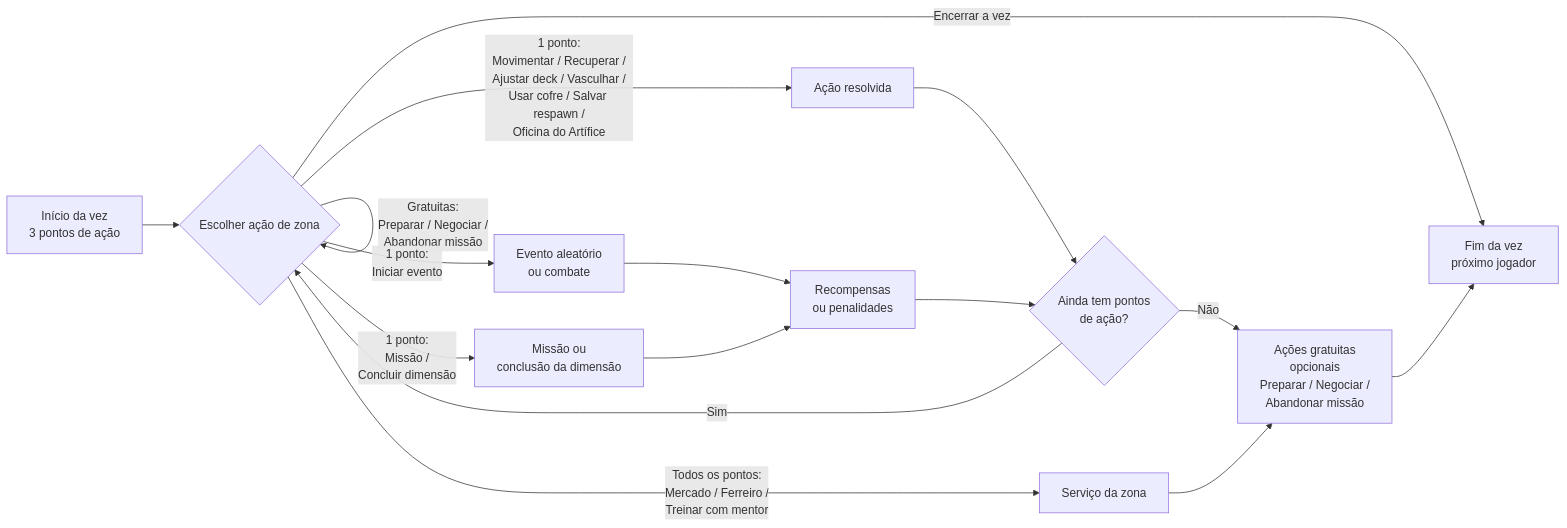
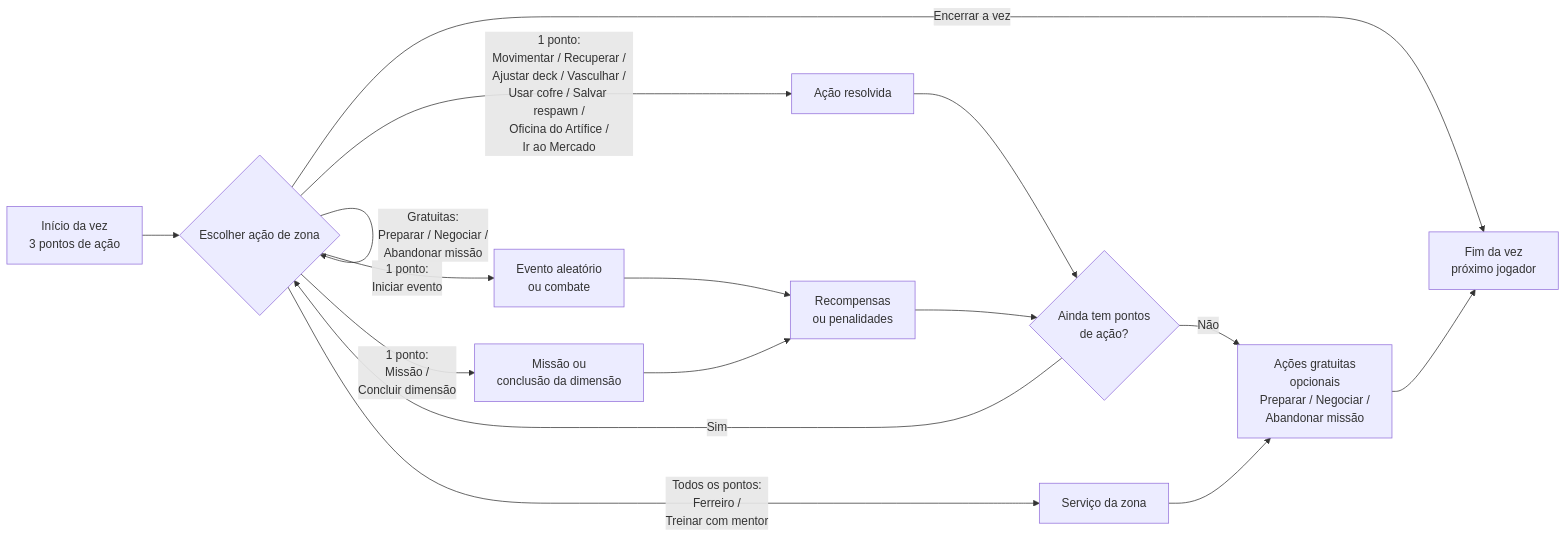
Before and after one commit to frnndog-suav/Misadventure_Frontend_V3: the first of 15 diagrams in docs/README.md, drawn with Mermaid. The commit also changed other lines of this file, not shown here.

````diff
--- a/docs/README.md
+++ b/docs/README.md
@@ -93,18 +93,18 @@
 ```mermaid
 flowchart LR
     A[Início da vez<br/>3 pontos de ação] --> B{Escolher ação de zona}
     B -->|Gratuitas:<br/>Preparar / Negociar /<br/>Abandonar missão| B
-    B -->|1 ponto:<br/>Movimentar / Recuperar /<br/>Ajustar deck / Vasculhar /<br/>Usar cofre / Salvar respawn /<br/>Oficina do Artífice| S[Ação resolvida]
+    B -->|1 ponto:<br/>Movimentar / Recuperar /<br/>Ajustar deck / Vasculhar /<br/>Usar cofre / Salvar respawn /<br/>Oficina do Artífice /<br/>Ir ao Mercado| S[Ação resolvida]
     B -->|1 ponto:<br/>Iniciar evento| D[Evento aleatório<br/>ou combate]
     B -->|1 ponto:<br/>Missão /<br/>Concluir dimensão| F[Missão ou<br/>conclusão da dimensão]
-    B -->|Todos os pontos:<br/>Mercado / Ferreiro /<br/>Treinar com mentor| E[Serviço da zona]
+    B -->|Todos os pontos:<br/>Ferreiro /<br/>Treinar com mentor| E[Serviço da zona]
     B -->|Encerrar a vez| I
     D --> G[Recompensas<br/>ou penalidades]
     F --> G
     S --> H
     G --> H{Ainda tem pontos<br/>de ação?}
     H -->|Sim| B
     H -->|Não| K[Ações gratuitas<br/>opcionais<br/>Preparar / Negociar /<br/>Abandonar missão]
     E --> K
     K --> I[Fim da vez<br/>próximo jogador]
 ```
````
